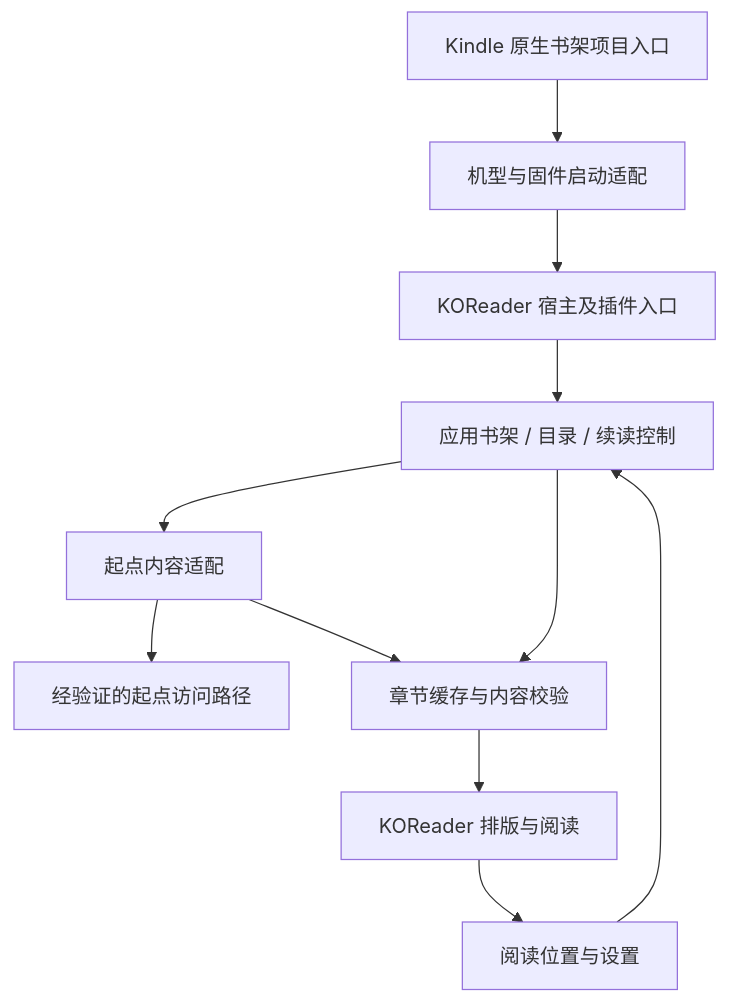
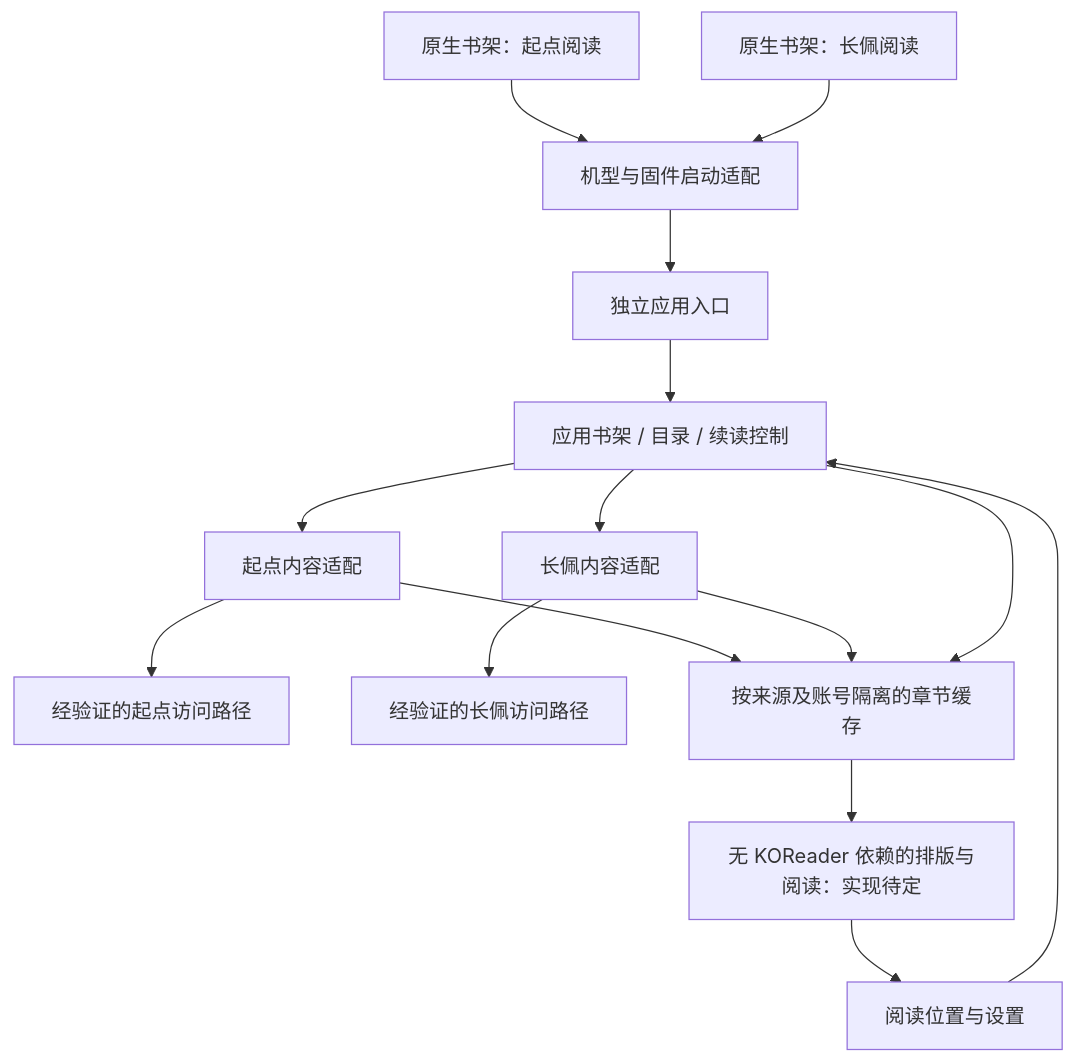
The diagram in docs/superpowers/specs/2026-10-27-kindle-qidian-design.md (xinhang725-code/kindle-read), drawn with Mermaid before and after one commit. The commit also changed other lines of this file and 3 other files, not shown here.

Commit message:
docs: plan standalone Qidian and Changpei reader without KOReader

````diff
--- a/docs/superpowers/specs/2026-10-27-kindle-qidian-design.md
+++ b/docs/superpowers/specs/2026-10-27-kindle-qidian-design.md
@@ -141,13 +158,17 @@
 ```mermaid
 flowchart TD
-    Shelf[Kindle 原生书架项目入口] --> Launch[机型与固件启动适配]
-    Launch --> Host[KOReader 宿主及插件入口]
-    Host --> App[应用书架 / 目录 / 续读控制]
-    App --> Provider[起点内容适配]
-    Provider --> Source[经验证的起点访问路径]
-    Provider --> Cache[章节缓存与内容校验]
+    ShelfQ[原生书架：起点阅读] --> Launch[机型与固件启动适配]
+    ShelfC[原生书架：长佩阅读] --> Launch
+    Launch --> Entry[独立应用入口]
+    Entry --> App[应用书架 / 目录 / 续读控制]
+    App --> Qidian[起点内容适配]
+    App --> Changpei[长佩内容适配]
+    Qidian --> SourceQ[经验证的起点访问路径]
+    Changpei --> SourceC[经验证的长佩访问路径]
+    Qidian --> Cache[按来源及账号隔离的章节缓存]
+    Changpei --> Cache
     App --> Cache
-    Cache --> Reader[KOReader 排版与阅读]
+    Cache --> Reader[无 KOReader 依赖的排版与阅读：实现待定]
     Reader --> Progress[阅读位置与设置]
     Progress --> App
 ```
````
